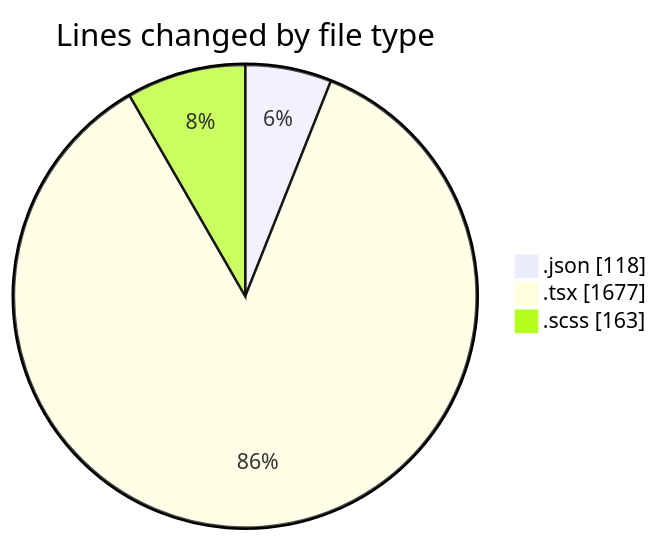
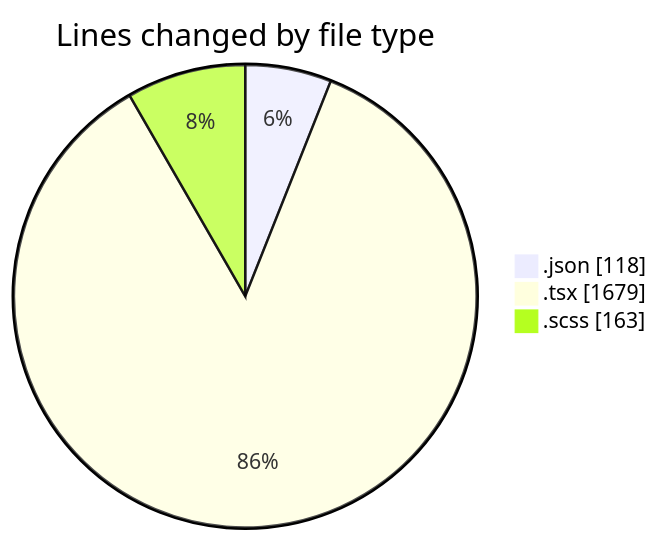
Before and after one commit to momahboobian/code-tracking: the first of 2 diagrams in 2025-11-19/cda/README.md, drawn with Mermaid. The commit also changed other lines of this file and 1 other file, not shown here.

````diff
--- a/2025-11-19/cda/README.md
+++ b/2025-11-19/cda/README.md
@@ -22,7 +22,7 @@
 ```mermaid
 pie showData
 title Lines changed by file type
 ".json" : 118
-".tsx" : 1677
+".tsx" : 1679
 ".scss" : 163
 ```
````
